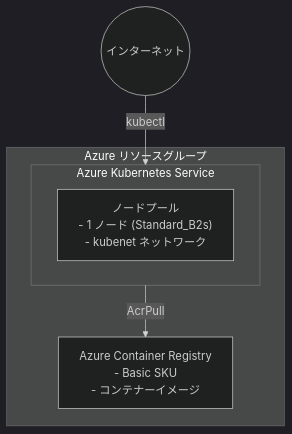
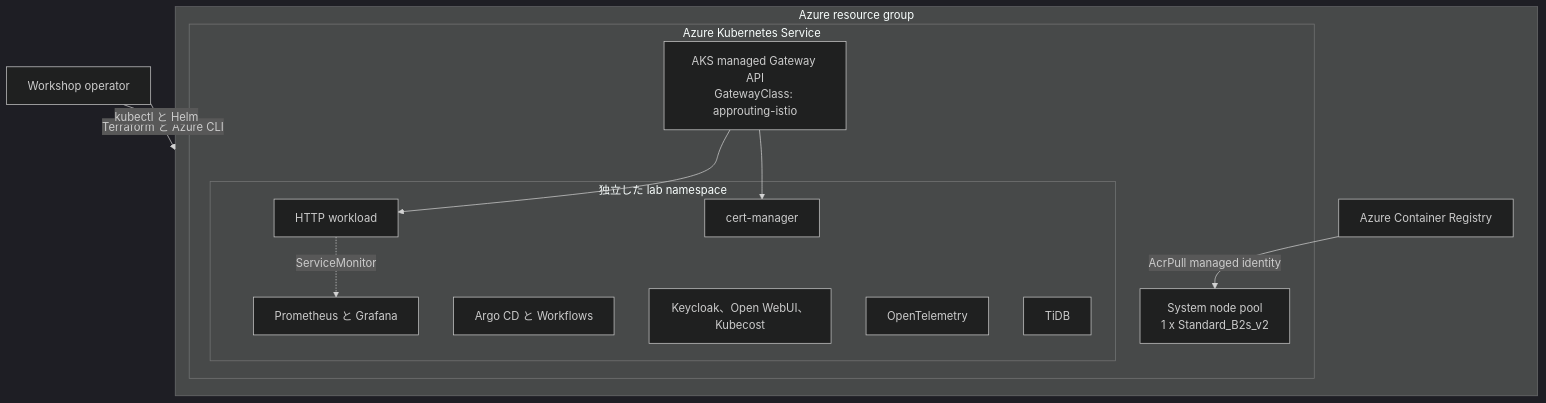
Before and after one commit to ks6088ts/template-terraform: the diagram in infra/scenarios/azure_kubernetes_playground/README.ja.md, drawn with Mermaid (dark theme). The commit also changed other lines of this file and 55 other files, not shown here.

Commit message:
feat: add workshop contents to AKS scenario

````diff
--- a/infra/scenarios/azure_kubernetes_playground/README.ja.md
+++ b/infra/scenarios/azure_kubernetes_playground/README.ja.md
@@ -28,15 +59,30 @@
 ```mermaid
 flowchart TB
-    Internet((インターネット))
+    User[Workshop operator]
 
-    subgraph Azure["Azure リソースグループ"]
-        ACR["Azure Container Registry<br/>- Basic SKU<br/>- コンテナーイメージ"]
+    subgraph Azure[Azure resource group]
+        ACR[Azure Container Registry]
 
-        subgraph AKS["Azure Kubernetes Service"]
-            Node["ノードプール<br/>- 1 ノード (Standard_B2s)<br/>- kubenet ネットワーク"]
+        subgraph AKS[Azure Kubernetes Service]
+          Nodes[System node pool<br/>1 x Standard_B2s_v2]
+            Gateway[AKS managed Gateway API<br/>GatewayClass: approuting-istio]
+
+            subgraph Labs[独立した lab namespace]
+                HTTP[HTTP workload]
+                Monitoring[Prometheus と Grafana]
+                Delivery[Argo CD と Workflows]
+                Platforms[Keycloak、Open WebUI、Kubecost]
+                Observability[OpenTelemetry]
+                TLS[cert-manager]
+                Data[TiDB]
+            end
         end
     end
 
-    Internet -->|kubectl| AKS
-    AKS -->|AcrPull| ACR
+    User -->|Terraform と Azure CLI| Azure
+    User -->|kubectl と Helm| AKS
+    ACR -->|AcrPull managed identity| Nodes
+    Gateway --> HTTP
+    Gateway --> TLS
+    HTTP -.->|ServiceMonitor| Monitoring
 ```
````
